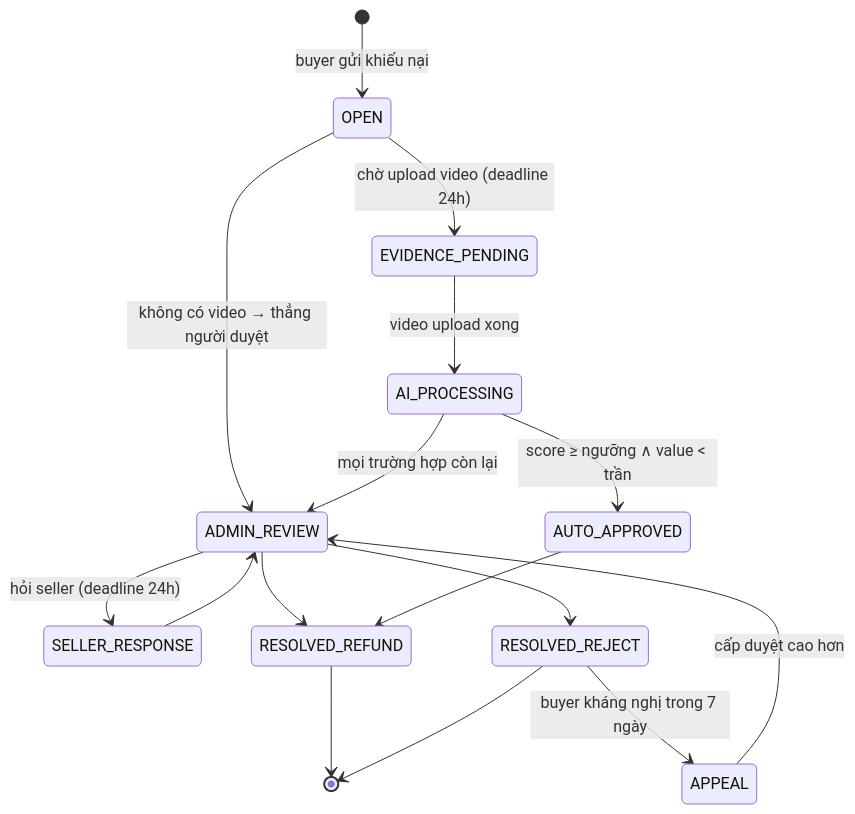
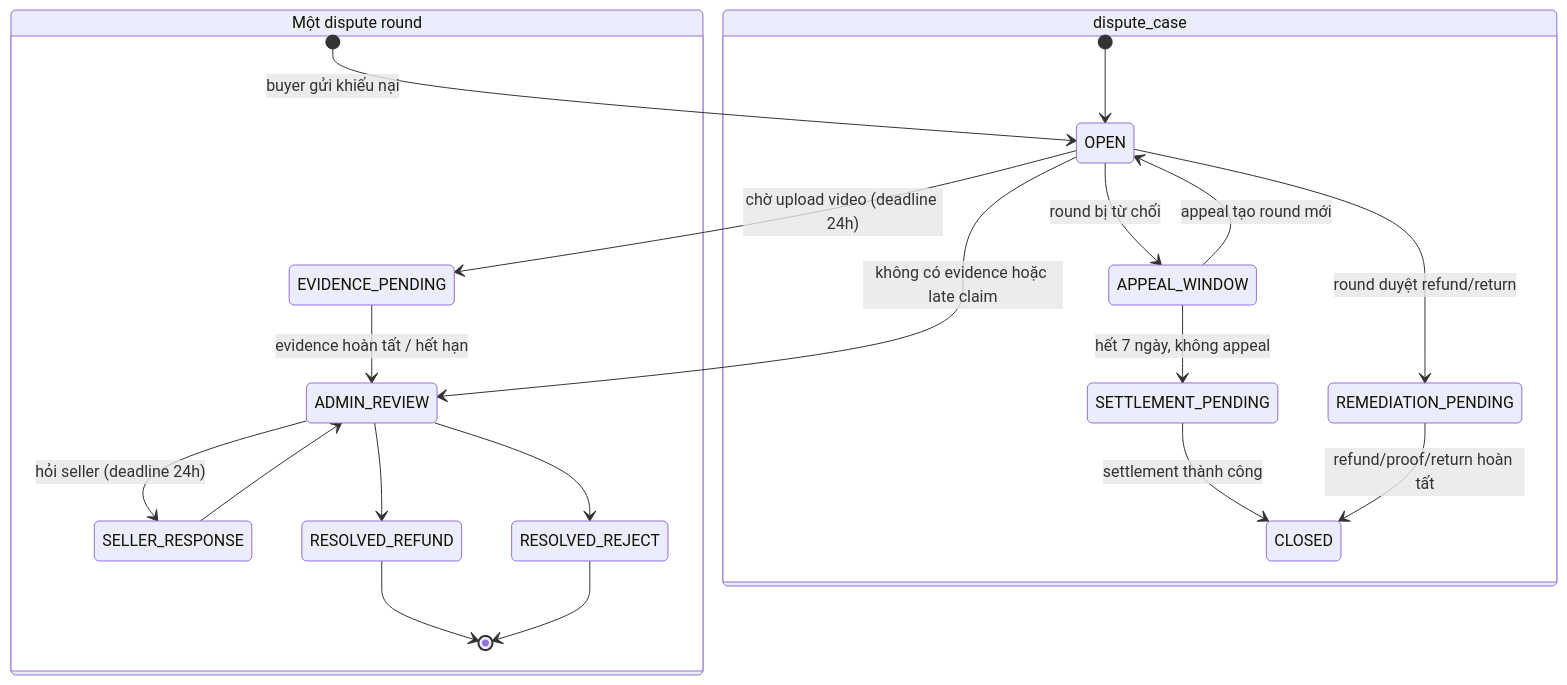
Before and after one commit to kttt294/Rebox: the third of 3 diagrams in docs/01-TECHNICAL-SPEC.md, drawn with Mermaid. The commit also changed other lines of this file and 68 other files, not shown here.

````diff
--- a/docs/01-TECHNICAL-SPEC.md
+++ b/docs/01-TECHNICAL-SPEC.md
@@ -753,18 +1213,25 @@
 ```mermaid
 stateDiagram-v2
+  state "Một dispute round" as round {
   [*] --> OPEN: buyer gửi khiếu nại
   OPEN --> EVIDENCE_PENDING: chờ upload video (deadline 24h)
-  EVIDENCE_PENDING --> AI_PROCESSING: video upload xong
-  OPEN --> ADMIN_REVIEW: không có video → thẳng người duyệt
-  AI_PROCESSING --> AUTO_APPROVED: score ≥ ngưỡng ∧ value < trần
-  AI_PROCESSING --> ADMIN_REVIEW: mọi trường hợp còn lại
+  EVIDENCE_PENDING --> ADMIN_REVIEW: evidence hoàn tất / hết hạn
+  OPEN --> ADMIN_REVIEW: không có evidence hoặc late claim
   ADMIN_REVIEW --> SELLER_RESPONSE: hỏi seller (deadline 24h)
   SELLER_RESPONSE --> ADMIN_REVIEW
   ADMIN_REVIEW --> RESOLVED_REFUND
   ADMIN_REVIEW --> RESOLVED_REJECT
-  AUTO_APPROVED --> RESOLVED_REFUND
-  RESOLVED_REJECT --> APPEAL: buyer kháng nghị trong 7 ngày
-  APPEAL --> ADMIN_REVIEW: cấp duyệt cao hơn
   RESOLVED_REFUND --> [*]
   RESOLVED_REJECT --> [*]
+  }
+
+  state "dispute_case" as case {
+    [*] --> OPEN
+    OPEN --> APPEAL_WINDOW: round bị từ chối
+    APPEAL_WINDOW --> OPEN: appeal tạo round mới
+    APPEAL_WINDOW --> SETTLEMENT_PENDING: hết 7 ngày, không appeal
+    SETTLEMENT_PENDING --> CLOSED: settlement thành công
+    OPEN --> REMEDIATION_PENDING: round duyệt refund/return
+    REMEDIATION_PENDING --> CLOSED: refund/proof/return hoàn tất
+  }
 ```
````
